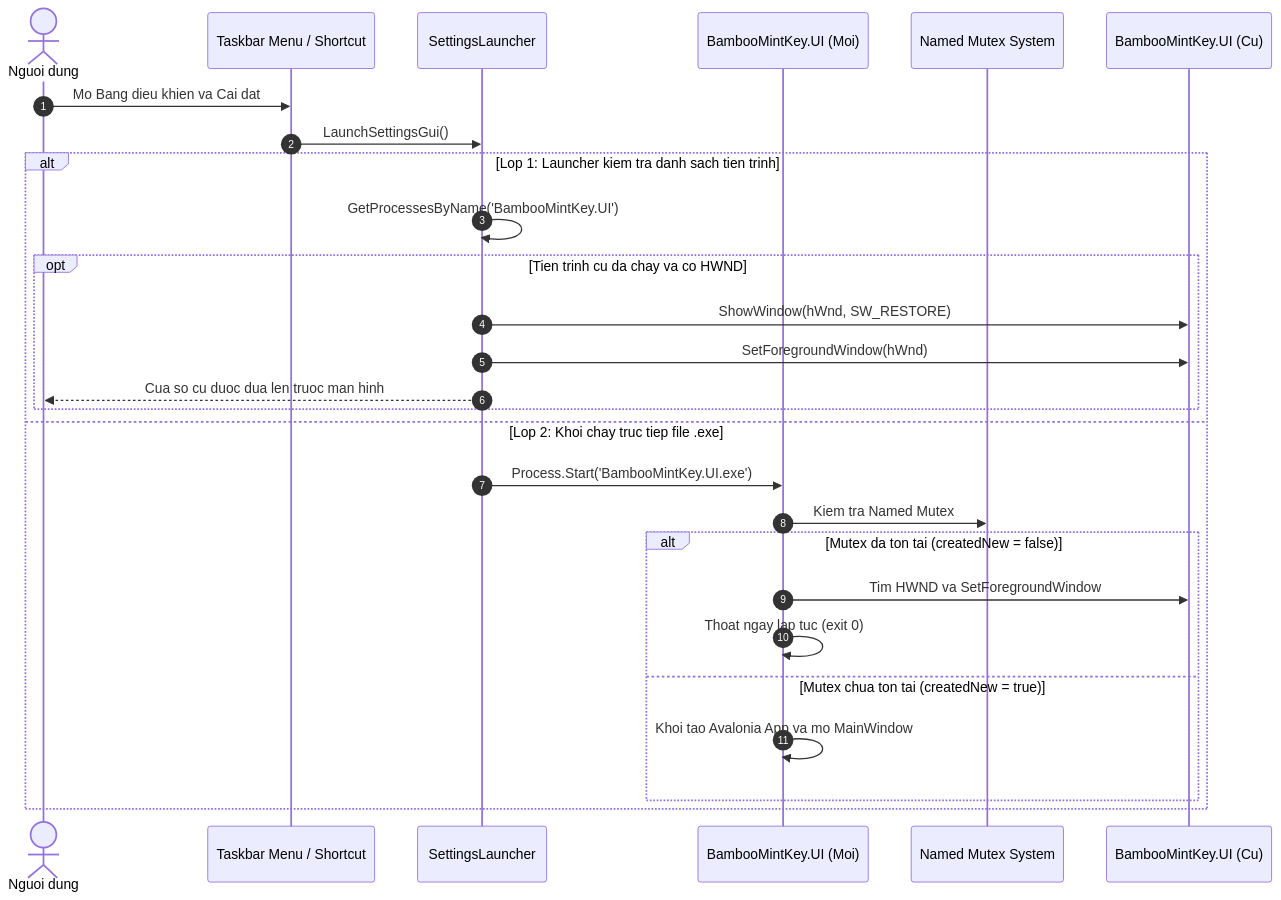
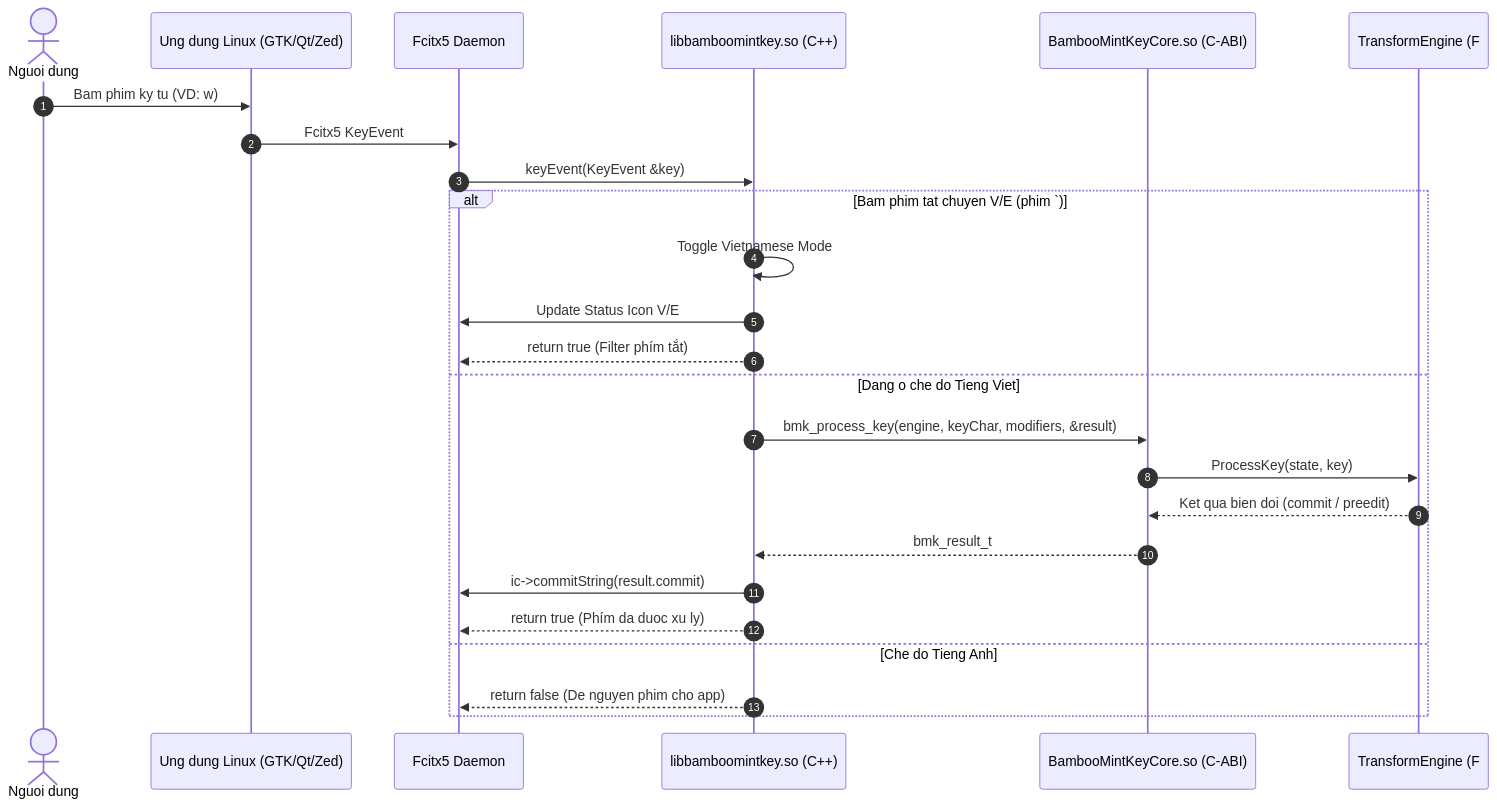
The third of 4 diagrams in docs/SYSTEM_ARCHITECTURE.md (thatislg/BambooMintKey), drawn with Mermaid before and after one commit. The commit also changed other lines of this file and 3 other files, not shown here.

````diff
--- a/docs/SYSTEM_ARCHITECTURE.md
+++ b/docs/SYSTEM_ARCHITECTURE.md
@@ -235,31 +236,29 @@
 ```mermaid
 sequenceDiagram
     autonumber
     actor User as Nguoi dung
-    participant Trigger as Taskbar Menu / Shortcut
-    participant Launcher as SettingsLauncher
-    participant Process2 as BambooMintKey.UI (Moi)
-    participant Mutex as Named Mutex System
-    participant Process1 as BambooMintKey.UI (Cu)
+    participant App as Ung dung Linux (GTK/Qt/Zed)
+    participant Fcitx as Fcitx5 Daemon
+    participant Addon as libbamboomintkey.so (C++)
+    participant CABI as BambooMintKeyCore.so (C-ABI)
+    participant Core as TransformEngine (F#)
 
-    User->>Trigger: Mo Bang dieu khien va Cai dat
-    Trigger->>Launcher: LaunchSettingsGui()
-    
-    alt Lop 1: Launcher kiem tra danh sach tien trinh
-        Launcher->>Launcher: GetProcessesByName('BambooMintKey.UI')
-        opt Tien trinh cu da chay va co HWND
-            Launcher->>Process1: ShowWindow(hWnd, SW_RESTORE)
-            Launcher->>Process1: SetForegroundWindow(hWnd)
-            Launcher-->>User: Cua so cu duoc dua len truoc man hinh
-        end
-    else Lop 2: Khoi chay truc tiep file .exe
-        Launcher->>Process2: Process.Start('BambooMintKey.UI.exe')
-        Process2->>Mutex: Kiem tra Named Mutex
-        alt Mutex da ton tai (createdNew = false)
-            Process2->>Process1: Tim HWND va SetForegroundWindow
-            Process2->>Process2: Thoat ngay lap tuc (exit 0)
-        else Mutex chua ton tai (createdNew = true)
-            Process2->>Process2: Khoi tao Avalonia App va mo MainWindow
-        end
+    User->>App: Bam phim ky tu (VD: w)
+    App->>Fcitx: Fcitx5 KeyEvent
+    Fcitx->>Addon: keyEvent(KeyEvent &key)
+
+    alt Bam phim tat chuyen V/E (phim `)
+        Addon->>Addon: Toggle Vietnamese Mode
+        Addon->>Fcitx: Update Status Icon V/E
+        Addon-->>Fcitx: return true (Filter phím tắt)
+    else Dang o che do Tieng Viet
+        Addon->>CABI: bmk_process_key(engine, keyChar, modifiers, &result)
+        CABI->>Core: ProcessKey(state, key)
+        Core-->>CABI: Ket qua bien doi (commit / preedit)
+        CABI-->>Addon: bmk_result_t
+        Addon->>Fcitx: ic->commitString(result.commit)
+        Addon-->>Fcitx: return true (Phím da duoc xu ly)
+    else Che do Tieng Anh
+        Addon-->>Fcitx: return false (De nguyen phim cho app)
     end
 ```
````
